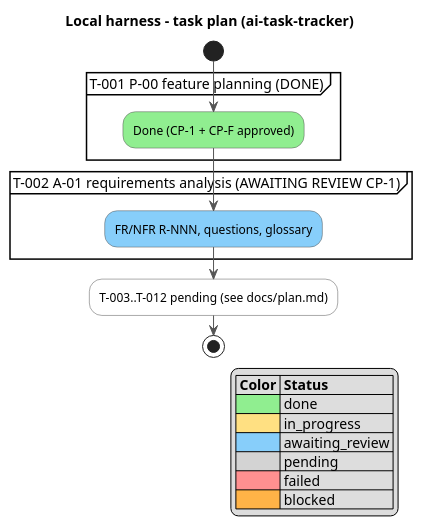
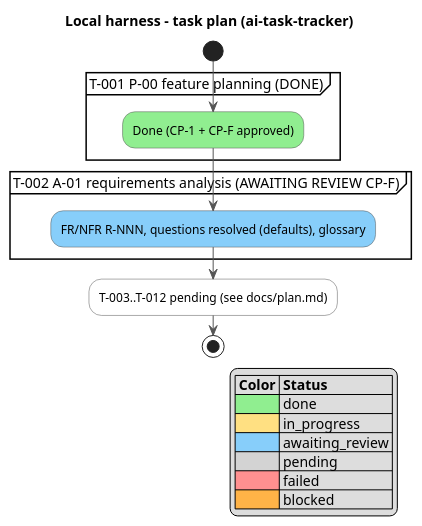
The diagram in docs/activity.puml (serge-sasov/ai-task-tracker), drawn with PlantUML before and after one commit. The commit also changed 6 other files, not shown here.

```diff
--- a/docs/activity.puml
+++ b/docs/activity.puml
@@ -1,27 +1,27 @@
 @startuml
 skinparam defaultFontName Segoe UI
 skinparam ActivityBackgroundColor #FFFFFF
 skinparam ActivityBorderColor #555555
 skinparam ArrowColor #555555
 title Local harness - task plan (ai-task-tracker)
 
 start
 partition "T-001 P-00 feature planning (DONE)" {
   #90EE90:Done (CP-1 + CP-F approved);
 }
-partition "T-002 A-01 requirements analysis (AWAITING REVIEW CP-1)" {
-  #87CEFA:FR/NFR R-NNN, questions, glossary;
+partition "T-002 A-01 requirements analysis (AWAITING REVIEW CP-F)" {
+  #87CEFA:FR/NFR R-NNN, questions resolved (defaults), glossary;
 }
 :T-003..T-012 pending (see docs/plan.md);
 stop
 
 legend right
  |= Color |= Status |
  |<#90EE90>| done |
  |<#FFE082>| in_progress |
  |<#87CEFA>| awaiting_review |
  |<#D3D3D3>| pending |
  |<#FF9090>| failed |
  |<#FFB347>| blocked |
 endlegend
 @enduml
```
